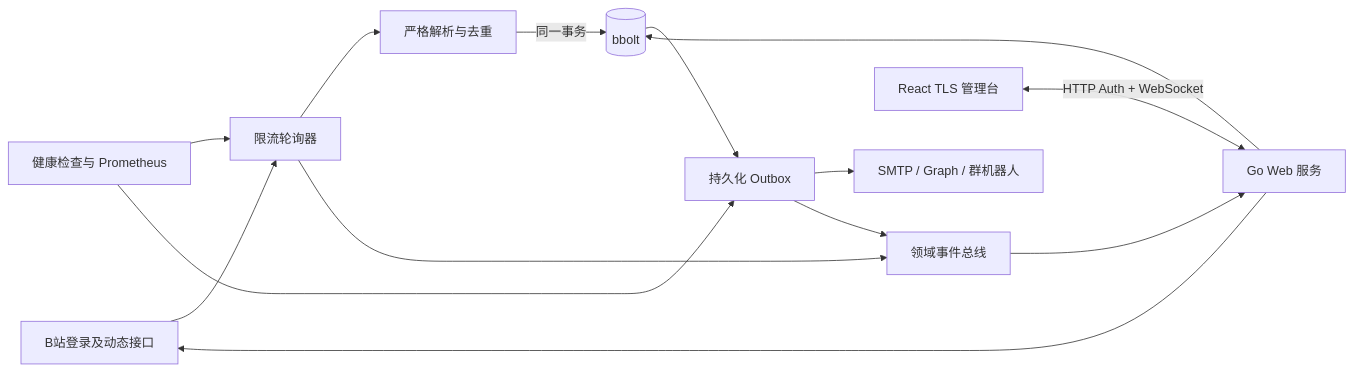
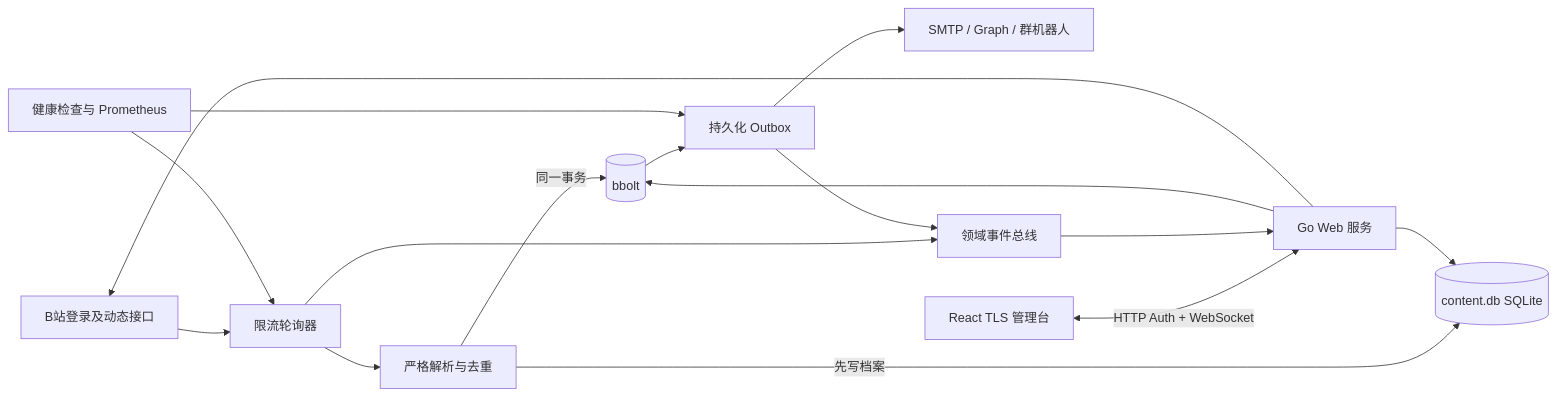
Before and after one commit to linxin2429/bili_notify: the diagram in docs/requirements-and-design.md, drawn with Mermaid. The commit also changed other lines of this file and 15 other files, not shown here.

````diff
--- a/docs/requirements-and-design.md
+++ b/docs/requirements-and-design.md
@@ -20,16 +20,18 @@
 ```mermaid
 flowchart LR
     B[B站登录及动态接口] --> C[限流轮询器]
     C --> P[严格解析与去重]
     P -->|同一事务| S[(bbolt)]
+    P -->|先写档案| ADB[(content.db SQLite)]
     S --> O[持久化 Outbox]
     O --> N[SMTP / Graph / 群机器人]
     A[React TLS 管理台] <-->|HTTP Auth + WebSocket| W[Go Web 服务]
     W --> S
+    W --> ADB
     W --> B
     E[领域事件总线] --> W
     C --> E
     O --> E
     H[健康检查与 Prometheus] --> C
     H --> O
 ```
````
